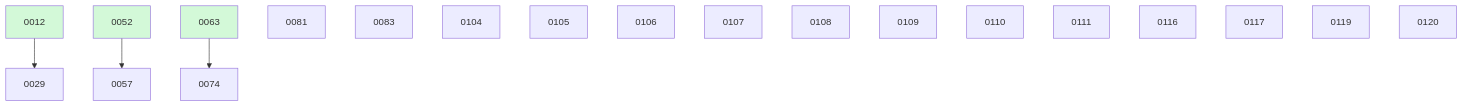
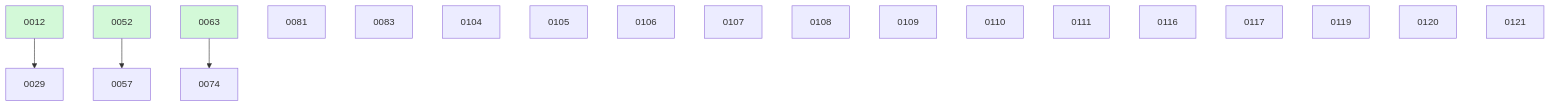
The diagram in docs/changes/BOARD.md (ethanhinson/fuse), drawn with Mermaid before and after one commit. The commit also changed other lines of this file and 1 other file, not shown here.

````diff
--- a/docs/changes/BOARD.md
+++ b/docs/changes/BOARD.md
@@ -42,24 +43,25 @@
 ```mermaid
 graph TD
   0012 --> 0029
   0052 --> 0057
   0063 --> 0074
   0081
   0083
   0104
   0105
   0106
   0107
   0108
   0109
   0110
   0111
   0116
   0117
   0119
   0120
+  0121
   0012:::done
   0052:::done
   0063:::done
   classDef done fill:#d3f9d8;
 ```
````
